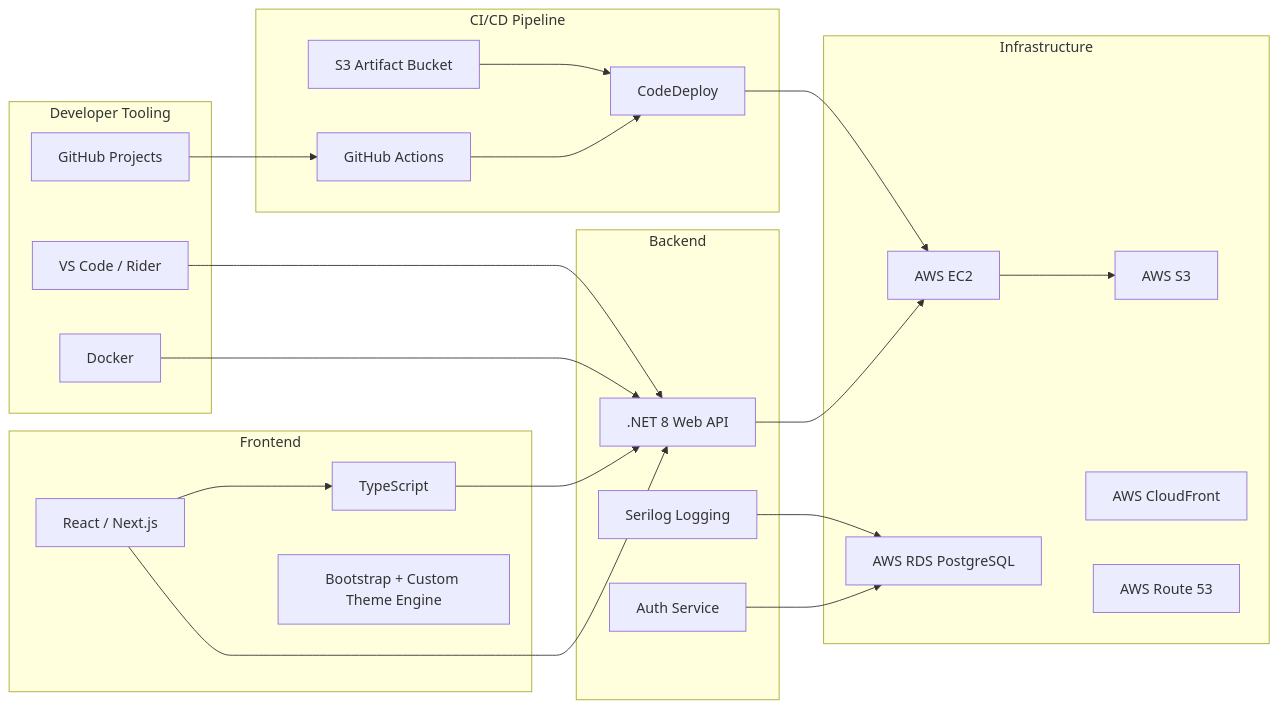
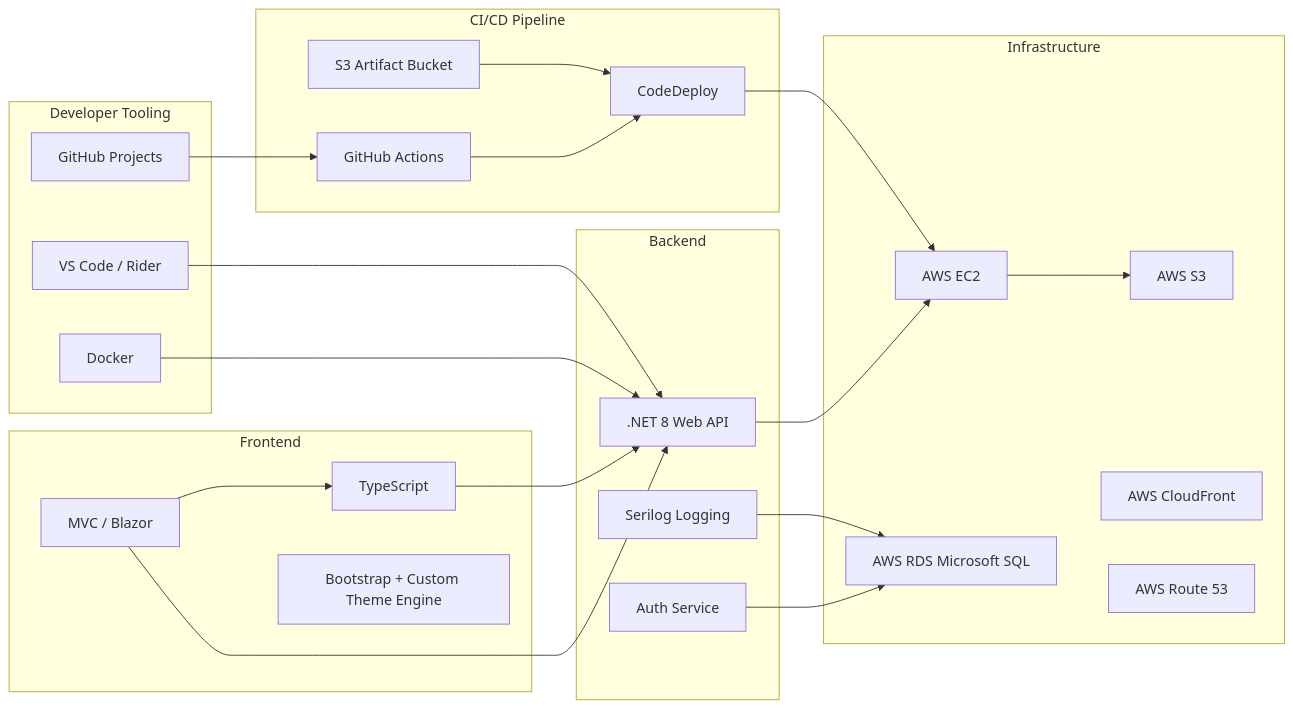
The eighth of 23 diagrams in docs/MICROSERVICEARCHITECTUREOVERVIEW.md (cruckman900/BusinessAsUsual), drawn with Mermaid before and after one commit. The commit also changed other lines of this file, not shown here.

Commit message:
updated doc to show MVC/Blazor and Microsoft SQL

````diff
--- a/docs/MICROSERVICEARCHITECTUREOVERVIEW.md
+++ b/docs/MICROSERVICEARCHITECTUREOVERVIEW.md
@@ -1710,48 +1710,48 @@
 ```mermaid
 flowchart LR
     subgraph Frontend["Frontend"]
-        A[React / Next.js]
+        A[MVC / Blazor]
         B[TypeScript]
         C[Bootstrap + Custom Theme Engine]
     end
 
     subgraph Backend["Backend"]
         D[.NET 8 Web API]
         E[Auth Service]
         F[Serilog Logging]
     end
 
     subgraph Infrastructure["Infrastructure"]
         G[AWS EC2]
         H[AWS S3]
-        I[AWS RDS PostgreSQL]
+        I[AWS RDS Microsoft SQL]
         J[AWS CloudFront]
         K[AWS Route 53]
     end
 
     subgraph Deployment["CI/CD Pipeline"]
         L[GitHub Actions]
         M[CodeDeploy]
         N[S3 Artifact Bucket]
     end
 
     subgraph Tooling["Developer Tooling"]
         O[Docker]
         P[GitHub Projects]
         Q[VS Code / Rider]
     end
 
     A --> D
     A --> B
     B --> D
     D --> G
     E --> I
     F --> I
     G --> H
     L --> M
     M --> G
     N --> M
     O --> D
     P --> L
     Q --> D
 ```
````
